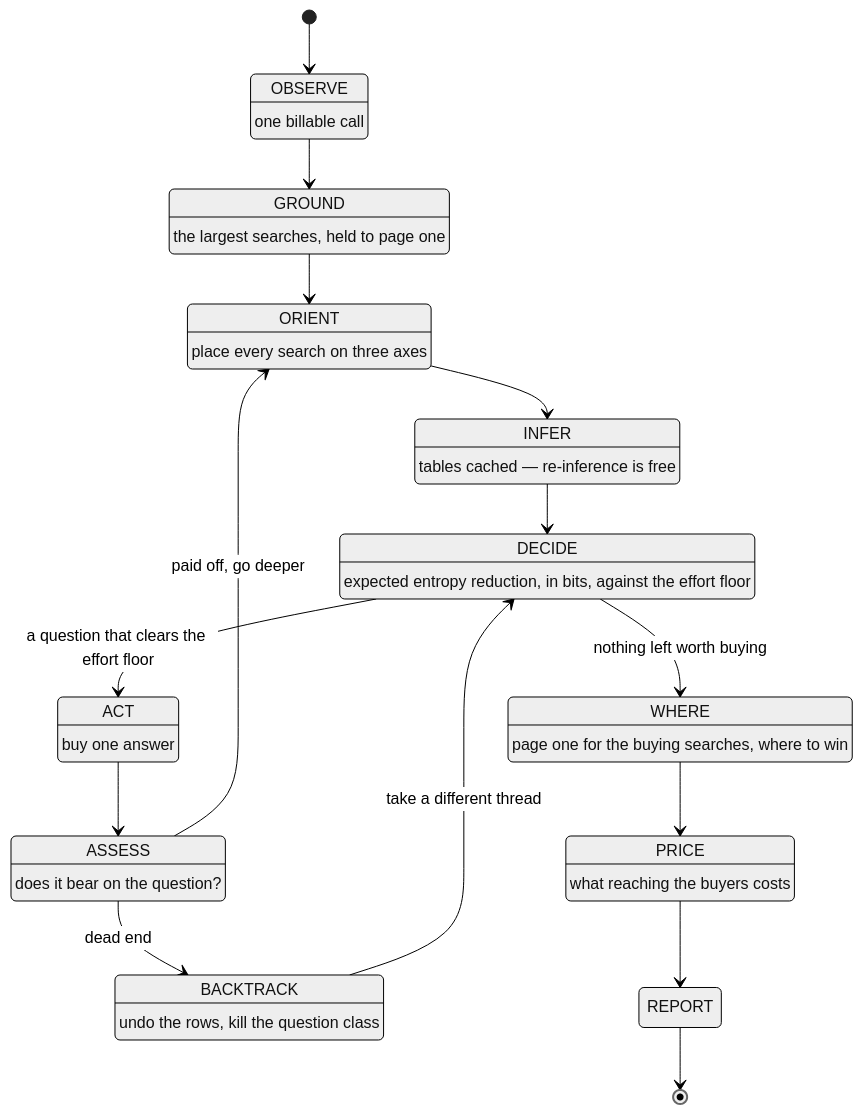
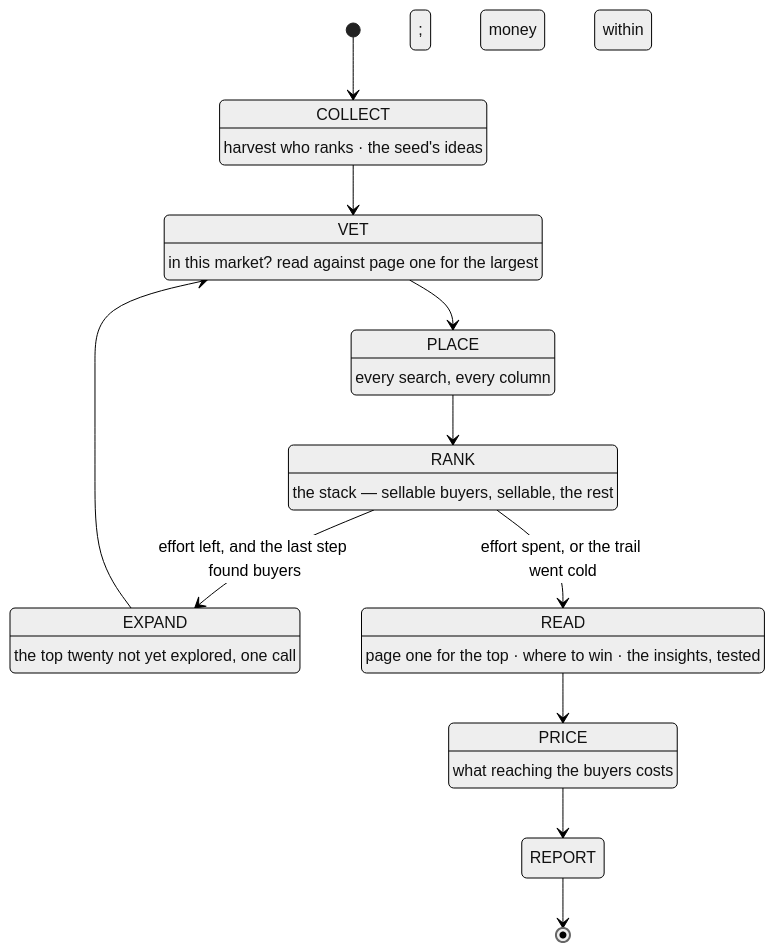
One commit to samsam32118/demandEngine2 changed the second of 3 diagrams in .claude/skills/keyword-insights/references/flow.md. Above: the diagram before and after it, drawn with Mermaid (neutral theme). The commit also changed other lines of this file and 11 other files, not shown here.

First line of the commit message:
Stack-rank every search and search the graph from the top of the stack

````diff
--- a/.claude/skills/keyword-insights/references/flow.md
+++ b/.claude/skills/keyword-insights/references/flow.md
@@ -131,39 +135,29 @@
 ```mermaid
 stateDiagram-v2
-    [*] --> OBSERVE
-    OBSERVE: OBSERVE
-    OBSERVE: one billable call
-    GROUND: GROUND
-    GROUND: the largest searches, held to page one
-    ORIENT: ORIENT
-    ORIENT: place every search on three axes
-    INFER: INFER
-    INFER: tables cached — re-inference is free
-    DECIDE: DECIDE
-    DECIDE: expected entropy reduction, in bits, against the effort floor
-    ACT: ACT
-    ACT: buy one answer
-    ASSESS: ASSESS
-    ASSESS: does it bear on the question?
-    BACKTRACK: BACKTRACK
-    BACKTRACK: undo the rows, kill the question class
-    WHERE: WHERE
-    WHERE: page one for the buying searches, where to win
+    [*] --> COLLECT
+    COLLECT: COLLECT
+    COLLECT: harvest who ranks · the seed's ideas
+    VET: VET
+    VET: in this market? read against page one for the largest
+    PLACE: PLACE
+    PLACE: every search, every column
+    RANK: RANK
+    RANK: the stack — sellable buyers, sellable, the rest; money within
+    EXPAND: EXPAND
+    EXPAND: the top twenty not yet explored, one call
+    READ: READ
+    READ: page one for the top · where to win · the insights, tested
     PRICE: PRICE
     PRICE: what reaching the buyers costs
     REPORT: REPORT
 
-    OBSERVE --> GROUND
-    GROUND --> ORIENT
-    ORIENT --> INFER
-    INFER --> DECIDE
-    DECIDE --> ACT: a question that clears the effort floor
-    DECIDE --> WHERE: nothing left worth buying
-    WHERE --> PRICE
-    ACT --> ASSESS
-    ASSESS --> ORIENT: paid off, go deeper
-    ASSESS --> BACKTRACK: dead end
-    BACKTRACK --> DECIDE: take a different thread
+    COLLECT --> VET
+    VET --> PLACE
+    PLACE --> RANK
+    RANK --> EXPAND: effort left, and the last step found buyers
+    EXPAND --> VET
+    RANK --> READ: effort spent, or the trail went cold
+    READ --> PRICE
     PRICE --> REPORT
     REPORT --> [*]
 ```
````
